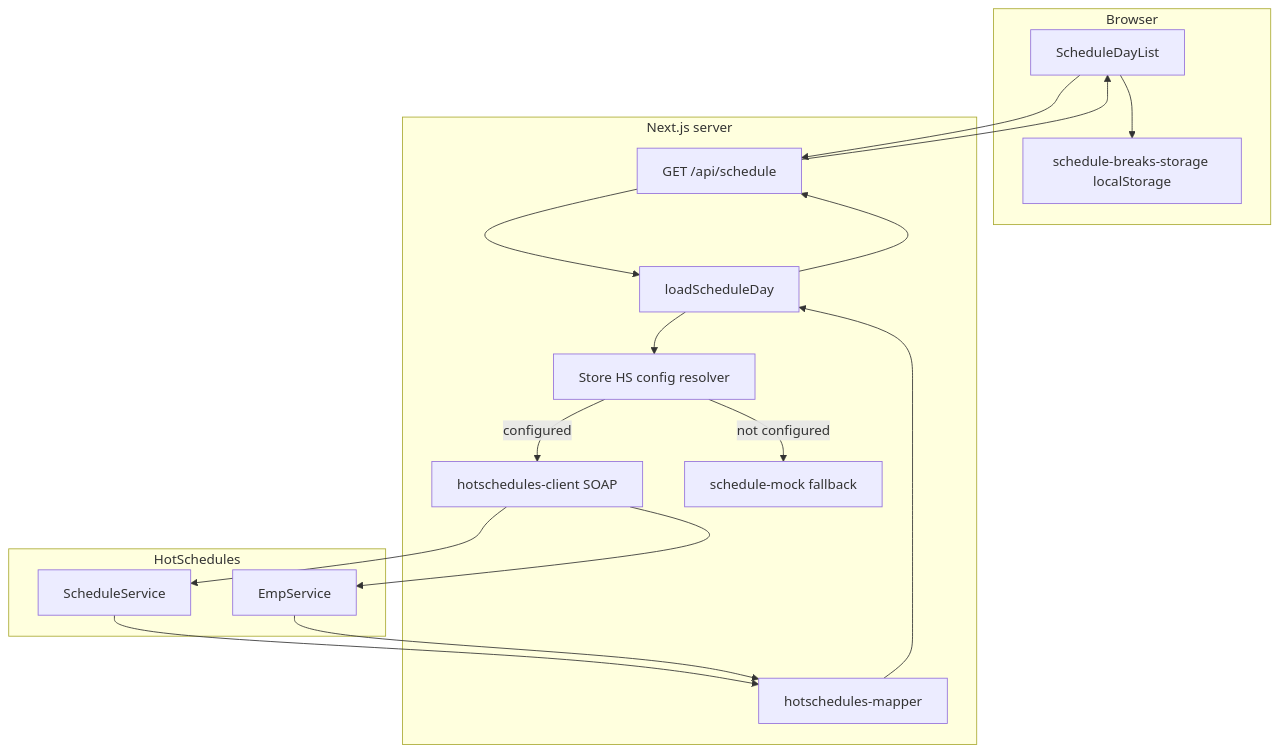
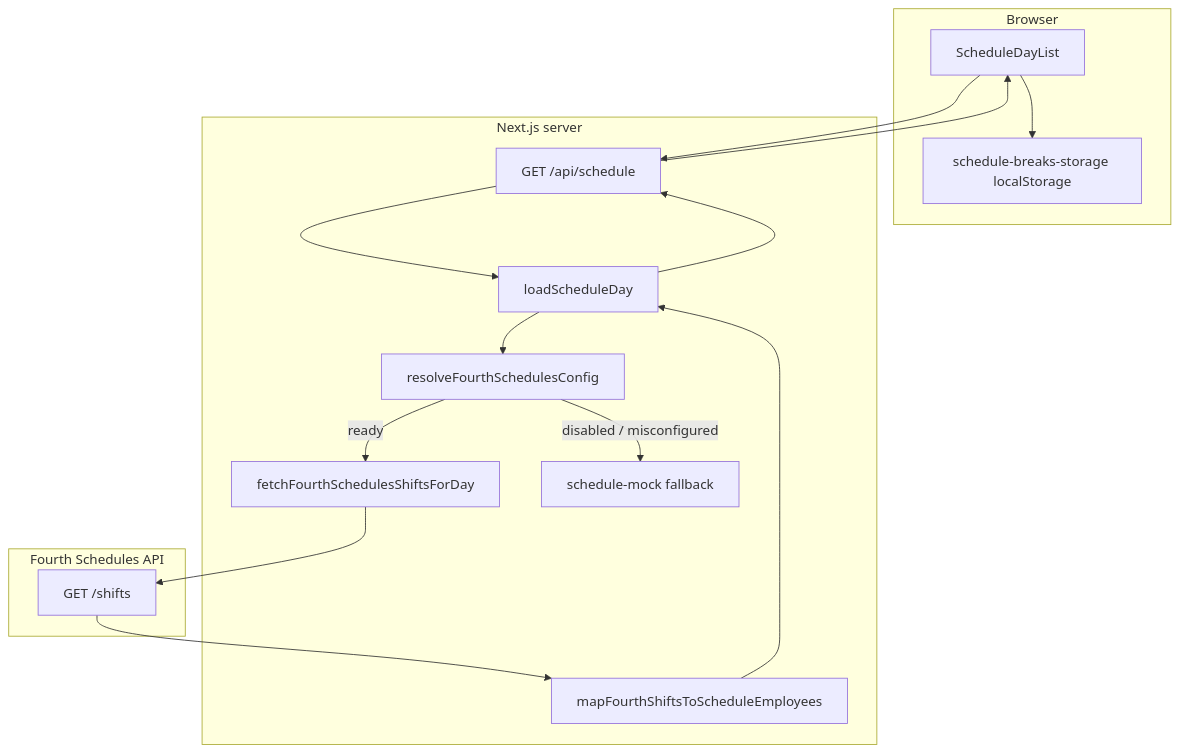
One commit to Reals747/train-trackr changed the diagram in docs/integrations/hotschedules/ARCHITECTURE.md. Above: the diagram before and after it, drawn with Mermaid. The commit also changed other lines of this file and 13 other files, not shown here.

First line of the commit message:
Migrate schedule integration from SOAP to Fourth Schedules REST API.

````diff
--- a/docs/integrations/hotschedules/ARCHITECTURE.md
+++ b/docs/integrations/hotschedules/ARCHITECTURE.md
@@ -116,35 +86,32 @@
 ```mermaid
 flowchart TB
   subgraph client [Browser]
     UI[ScheduleDayList]
     BreakStore[schedule-breaks-storage localStorage]
   end
 
   subgraph nextjs [Next.js server]
     Route["GET /api/schedule"]
     Loader[loadScheduleDay]
-    Config[Store HS config resolver]
-    Client[hotschedules-client SOAP]
-    Mapper[hotschedules-mapper]
+    Config[resolveFourthSchedulesConfig]
+    Client[fetchFourthSchedulesShiftsForDay]
+    Mapper[mapFourthShiftsToScheduleEmployees]
     Mock[schedule-mock fallback]
   end
 
-  subgraph hs [HotSchedules]
-    SS[ScheduleService]
-    ES[EmpService]
+  subgraph fourth [Fourth Schedules API]
+    Shifts["GET /shifts"]
   end
 
   UI --> Route
   UI --> BreakStore
   Route --> Loader
   Loader --> Config
-  Config -->|configured| Client
-  Config -->|not configured| Mock
-  Client --> SS
-  Client --> ES
-  SS --> Mapper
-  ES --> Mapper
+  Config -->|disabled / misconfigured| Mock
+  Config -->|ready| Client
+  Client --> Shifts
+  Shifts --> Mapper
   Mapper --> Loader
   Loader --> Route
   Route --> UI
 ```
````
